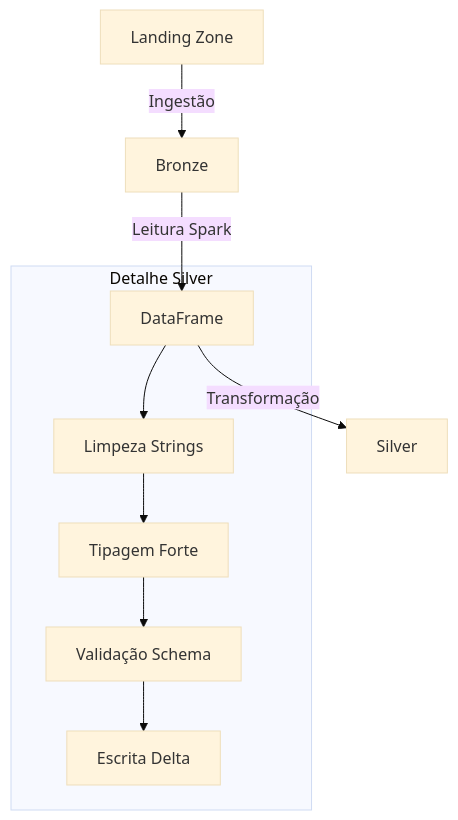
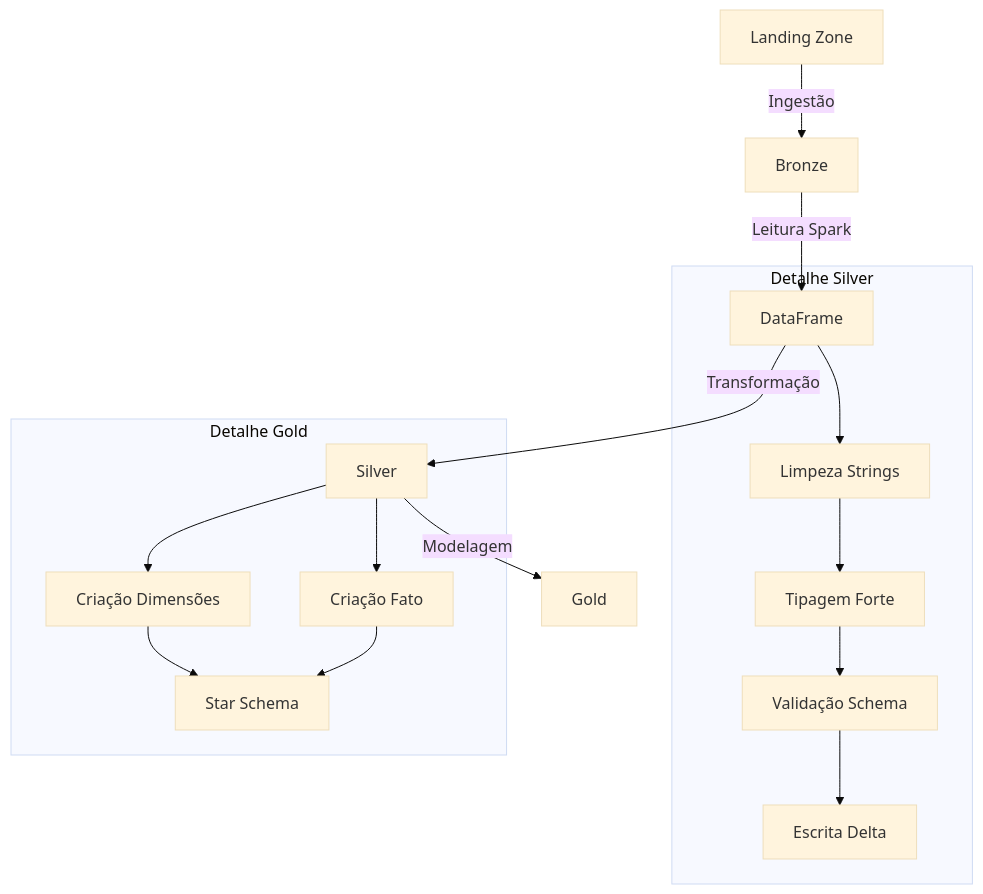
One commit to devdiasbr/databricks-challenge changed the second of 2 diagrams in docs/manual/04_arquitetura_detalhada.md. Above: the diagram before and after it, drawn with Mermaid (base theme). The commit also changed other lines of this file and 6 other files, not shown here.

Commit message:
Docs: Add Gold layer details, ER Diagram and Data Dictionary

````diff
--- a/docs/manual/04_arquitetura_detalhada.md
+++ b/docs/manual/04_arquitetura_detalhada.md
@@ -34,13 +113,21 @@
 ```mermaid
 graph TD
     LZ[Landing Zone] -->|Ingestão| BR[Bronze]
     BR -->|Leitura Spark| DF[DataFrame]
     DF -->|Transformação| SL[Silver]
+    SL -->|Modelagem| GD[Gold]
     
     subgraph "Detalhe Silver"
         DF --> CLEAN[Limpeza Strings]
         CLEAN --> TYPE[Tipagem Forte]
         TYPE --> SCHEMA[Validação Schema]
         SCHEMA --> WRITE[Escrita Delta]
     end
+
+    subgraph "Detalhe Gold"
+        SL --> DIMS[Criação Dimensões]
+        SL --> FATO[Criação Fato]
+        DIMS --> JOIN[Star Schema]
+        FATO --> JOIN
+    end
 ```
````
